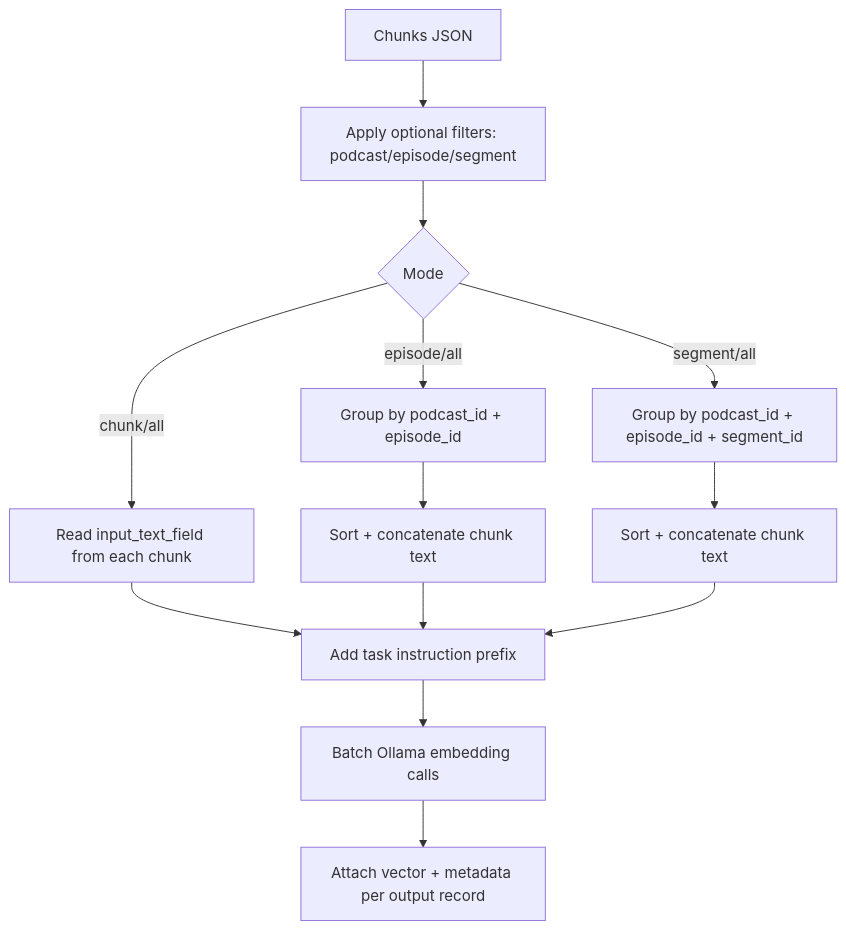
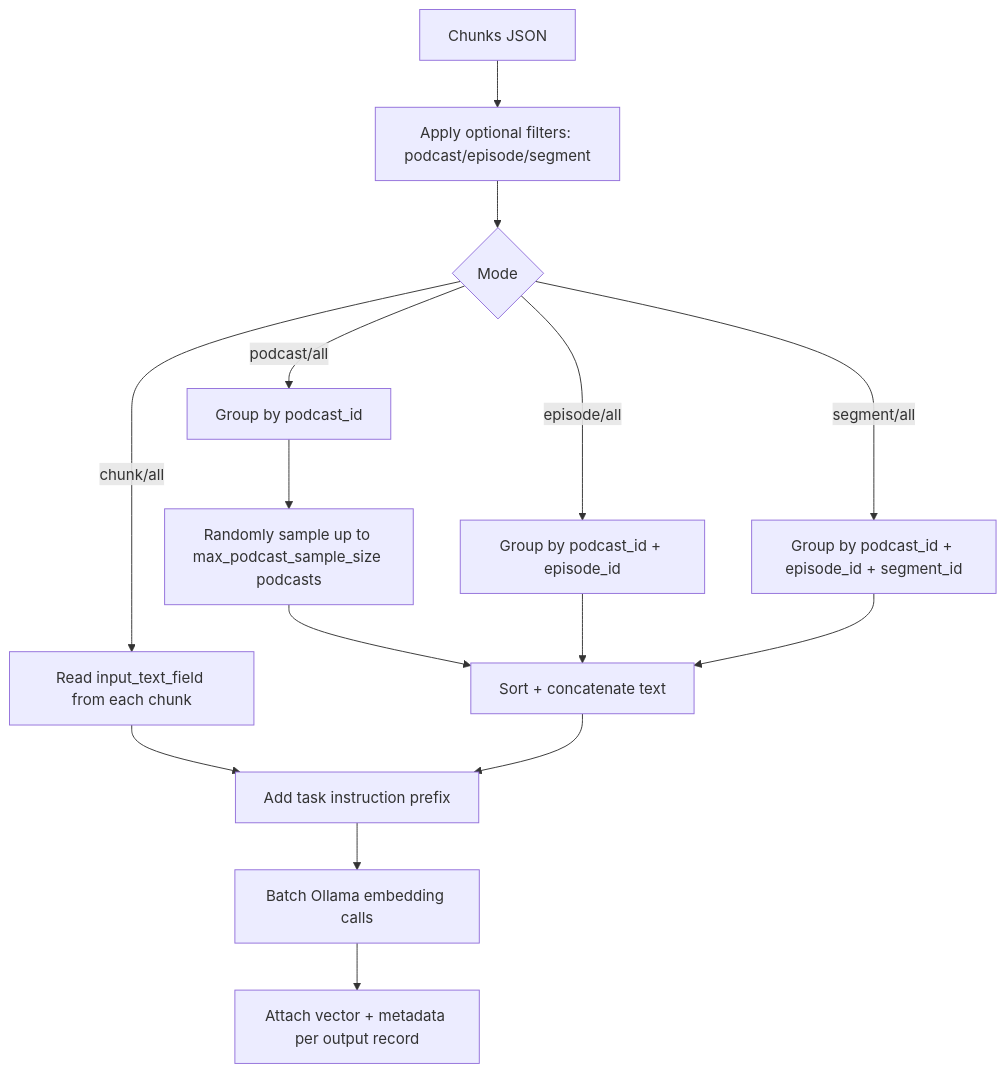
One commit to Tilmanzzz/media-lens changed the fifth of 5 diagrams in docs/silver_enriched.md. Above: the diagram before and after it, drawn with Mermaid. The commit also changed other lines of this file and 7 other files, not shown here.

Commit message:
add embedding on episode level

````diff
--- a/docs/silver_enriched.md
+++ b/docs/silver_enriched.md
@@ -214,15 +215,17 @@
 ```mermaid
 flowchart TD
     A[Chunks JSON] --> B[Apply optional filters: podcast/episode/segment]
     B --> C{Mode}
     C -->|chunk/all| D[Read input_text_field from each chunk]
-    C -->|episode/all| E[Group by podcast_id + episode_id]
-    C -->|segment/all| F[Group by podcast_id + episode_id + segment_id]
-    E --> G[Sort + concatenate chunk text]
-    F --> H[Sort + concatenate chunk text]
-    D --> I[Add task instruction prefix]
+    C -->|podcast/all| E[Group by podcast_id]
+    C -->|episode/all| F[Group by podcast_id + episode_id]
+    C -->|segment/all| G[Group by podcast_id + episode_id + segment_id]
+    E --> H[Randomly sample up to max_podcast_sample_size podcasts]
+    H --> I[Sort + concatenate text]
+    F --> I
     G --> I
-    H --> I
-    I --> J[Batch Ollama embedding calls]
-    J --> K[Attach vector + metadata per output record]
+    D --> J[Add task instruction prefix]
+    I --> J
+    J --> K[Batch Ollama embedding calls]
+    K --> L[Attach vector + metadata per output record]
 ```
````
